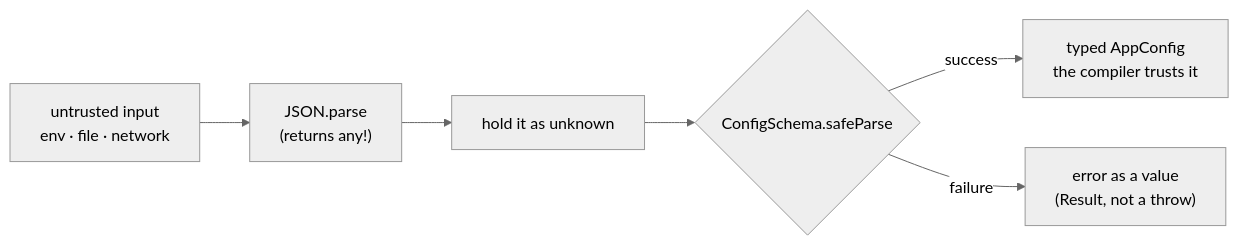
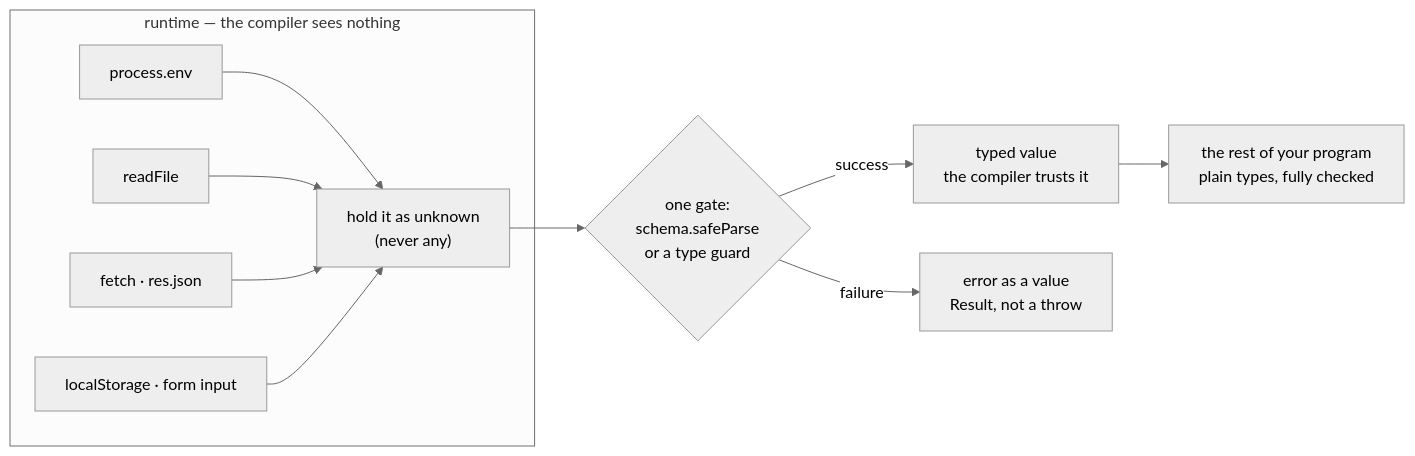
One commit to cheer-cho/LearningCourse--TypeScript--build-by-Claude-Code changed the first of 7 diagrams in 12-real-world/LESSON.md. Above: the diagram before and after it, drawn with Mermaid (neutral theme). The commit also changed other lines of this file and 79 other files, not shown here.

````diff
--- a/12-real-world/LESSON.md
+++ b/12-real-world/LESSON.md
@@ -13,8 +14,14 @@
 ```mermaid
 flowchart LR
-    A["untrusted input<br/>env · file · network"] --> B["JSON.parse<br/>(returns any!)"]
-    B --> C["hold it as unknown"]
-    C --> D{"ConfigSchema.safeParse"}
-    D -- "success" --> E["typed AppConfig<br/>the compiler trusts it"]
-    D -- "failure" --> F["error as a value<br/>(Result, not a throw)"]
+    subgraph RT["runtime — the compiler sees nothing"]
+        ENV["process.env"] --> U
+        FS["readFile"] --> U
+        NET["fetch · res.json"] --> U
+        LS["localStorage · form input"] --> U
+        U["hold it as unknown<br/>(never any)"]
+    end
+    U --> GATE{"one gate:<br/>schema.safeParse<br/>or a type guard"}
+    GATE -- "success" --> T["typed value<br/>the compiler trusts it"]
+    GATE -- "failure" --> F["error as a value<br/>Result, not a throw"]
+    T --> APP["the rest of your program<br/>plain types, fully checked"]
 ```
````
